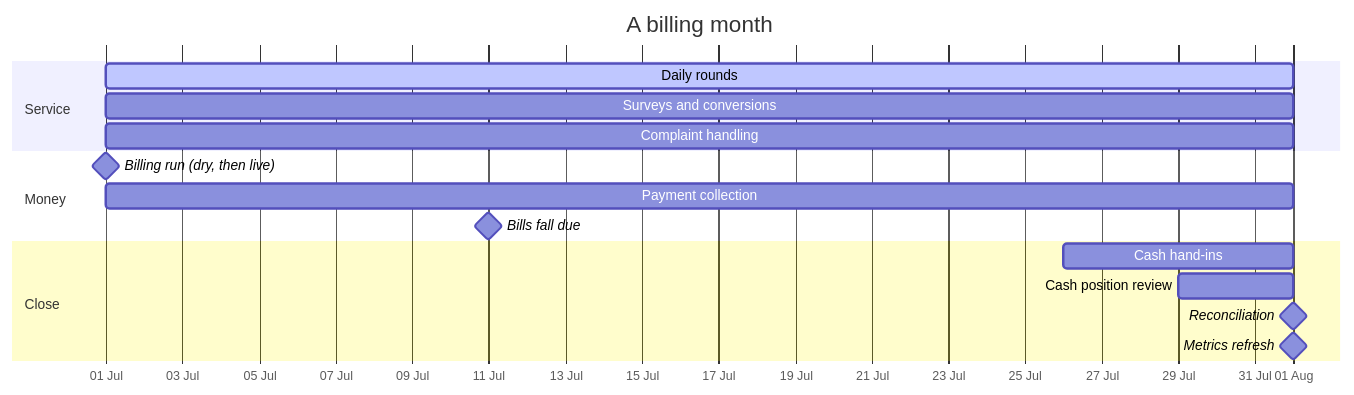
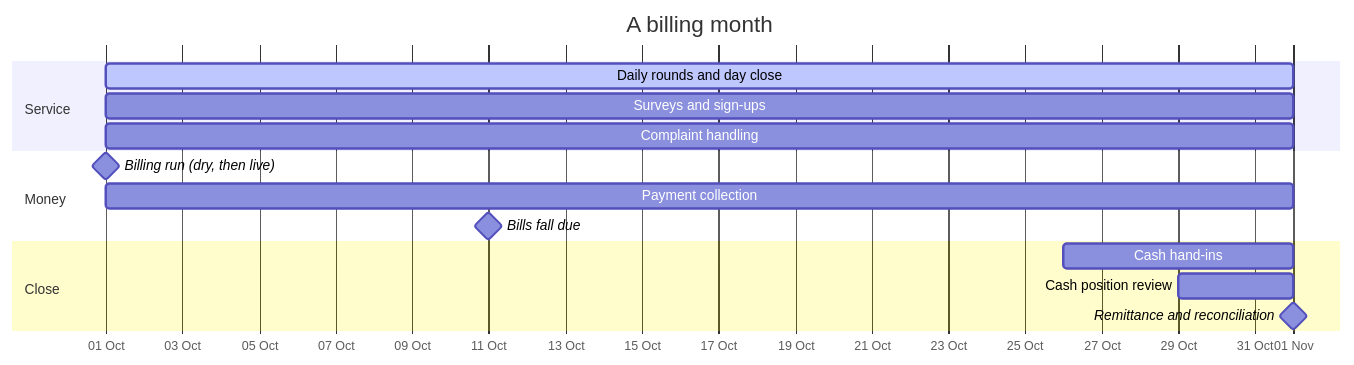
Before and after one commit to DataMartBD/Solid-Waste-Management: diagram 18 of 18 in docs/WORKFLOWS.md, drawn with Mermaid. The commit also changed other lines of this file and 189 other files, not shown here.

First line of the commit message:
Holding-wise, multi-city SWMS: setup, collection day, city dashboard

````diff
--- a/docs/WORKFLOWS.md
+++ b/docs/WORKFLOWS.md
@@ -577,22 +661,21 @@
 ```mermaid
 gantt
     title A billing month
     dateFormat YYYY-MM-DD
     axisFormat %d %b
 
     section Service
-    Daily rounds                  :active, r1, 2026-07-01, 31d
-    Surveys and conversions       :s1, 2026-07-01, 31d
-    Complaint handling            :c1, 2026-07-01, 31d
+    Daily rounds and day close    :active, r1, 2026-10-01, 31d
+    Surveys and sign-ups          :s1, 2026-10-01, 31d
+    Complaint handling            :c1, 2026-10-01, 31d
 
     section Money
-    Billing run (dry, then live)  :milestone, b1, 2026-07-01, 0d
-    Payment collection            :p1, 2026-07-01, 31d
-    Bills fall due                :milestone, b2, 2026-07-11, 0d
+    Billing run (dry, then live)  :milestone, b1, 2026-10-01, 0d
+    Payment collection            :p1, 2026-10-01, 31d
+    Bills fall due                :milestone, b2, 2026-10-11, 0d
 
     section Close
-    Cash hand-ins                 :d1, 2026-07-26, 6d
-    Cash position review          :d2, 2026-07-29, 3d
-    Reconciliation                :milestone, d3, 2026-08-01, 0d
-    Metrics refresh               :milestone, m1, 2026-08-01, 0d
+    Cash hand-ins                 :d1, 2026-10-26, 6d
+    Cash position review          :d2, 2026-10-29, 3d
+    Remittance and reconciliation :milestone, d3, 2026-11-01, 0d
 ```
````
